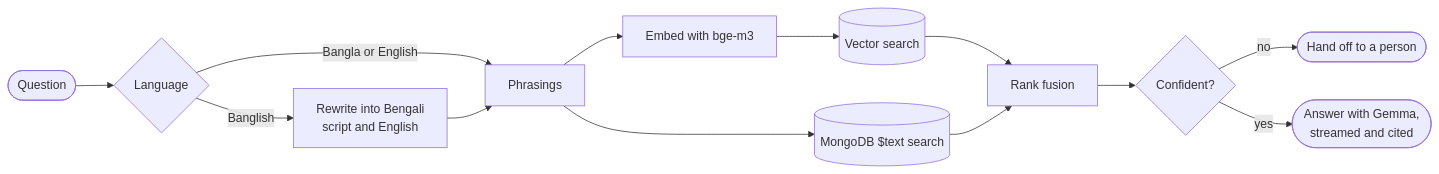
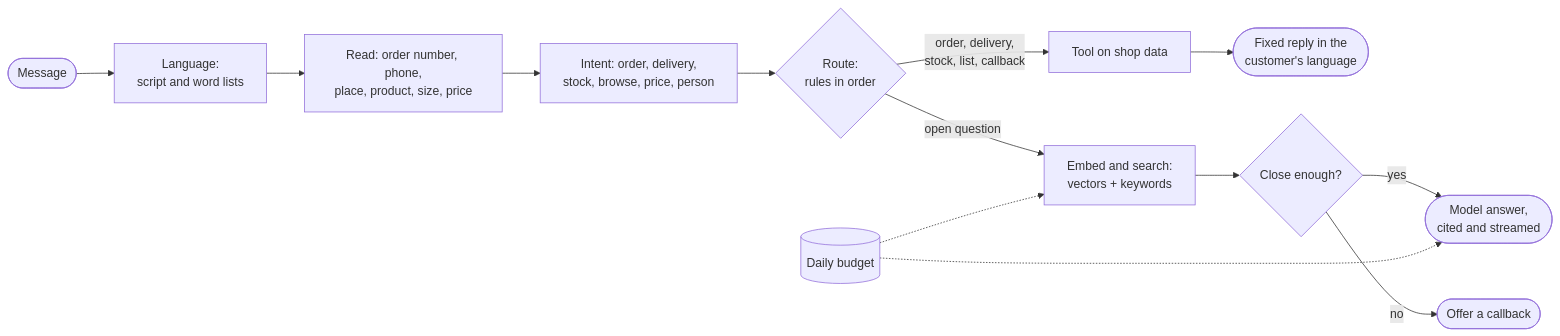
One commit to Talha-Noyon/shohayok changed the diagram in README.md. Above: the diagram before and after it, drawn with Mermaid. The commit also changed other lines of this file and 3 other files, not shown here.

````diff
--- a/README.md
+++ b/README.md
@@ -21,14 +30,14 @@
 ```mermaid
 flowchart LR
-  Q([Question]) --> D{Language}
-  D -- Banglish --> RW[Rewrite into Bengali<br/>script and English]
-  D -- Bangla or English --> P[Phrasings]
-  RW --> P
-  P --> EM[Embed with bge-m3] --> VS[(Vector search)]
-  P --> KS[(MongoDB $text search)]
-  VS --> RRF[Rank fusion]
-  KS --> RRF
-  RRF --> T{Confident?}
-  T -- no --> HO([Hand off to a person])
-  T -- yes --> GEN([Answer with Gemma,<br/>streamed and cited])
+  M([Message]) --> L[Language:<br/>script and word lists]
+  L --> R[Read: order number, phone,<br/>place, product, size, price]
+  R --> I[Intent: order, delivery,<br/>stock, browse, price, person]
+  I --> RT{Route:<br/>rules in order}
+  RT -- order, delivery,<br/>stock, list, callback --> T[Tool on shop data] --> F([Fixed reply in the<br/>customer's language])
+  RT -- open question --> S[Embed and search:<br/>vectors + keywords]
+  S --> C{Close enough?}
+  C -- yes --> A([Model answer,<br/>cited and streamed])
+  C -- no --> H([Offer a callback])
+  B[(Daily budget)] -.-> S
+  B -.-> A
 ```
````
